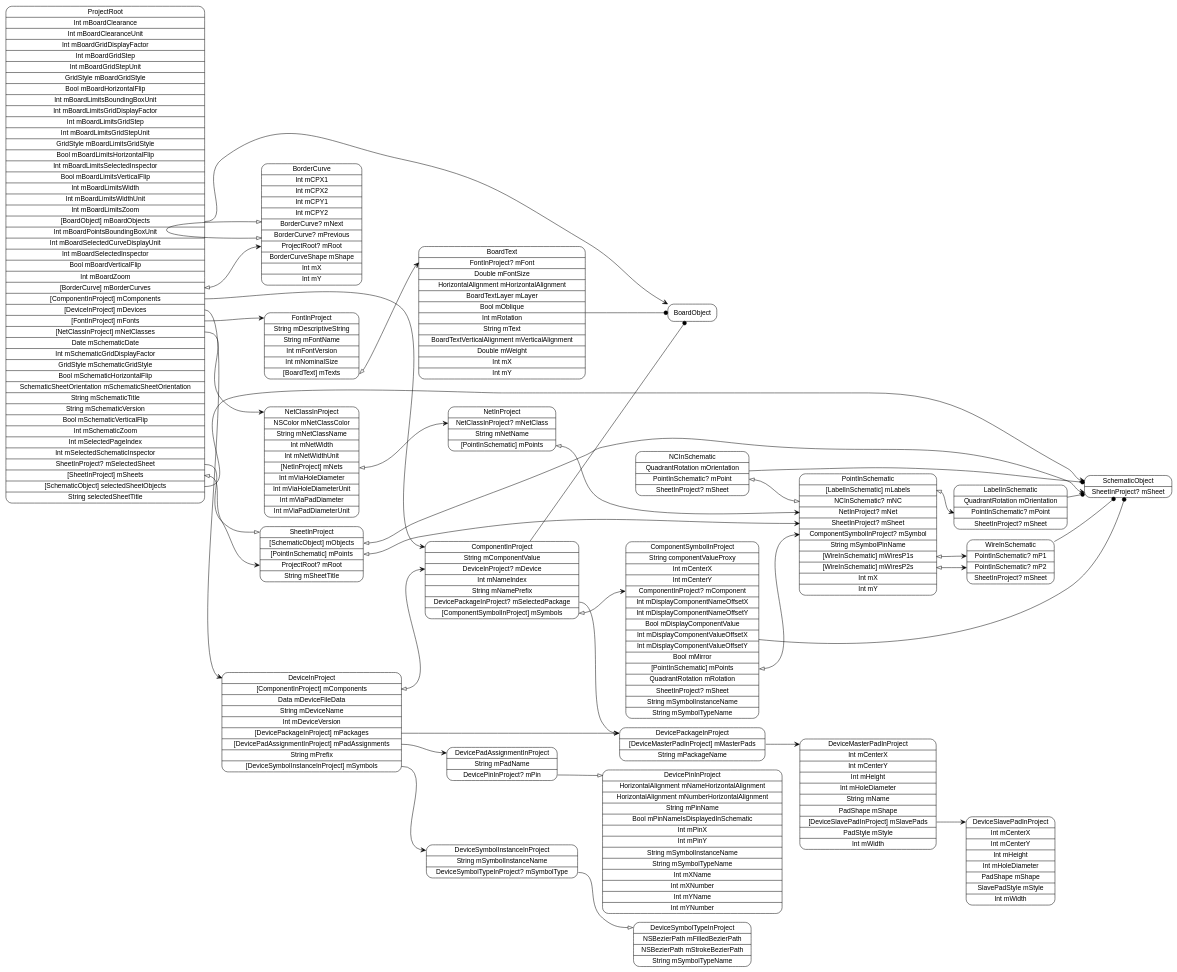
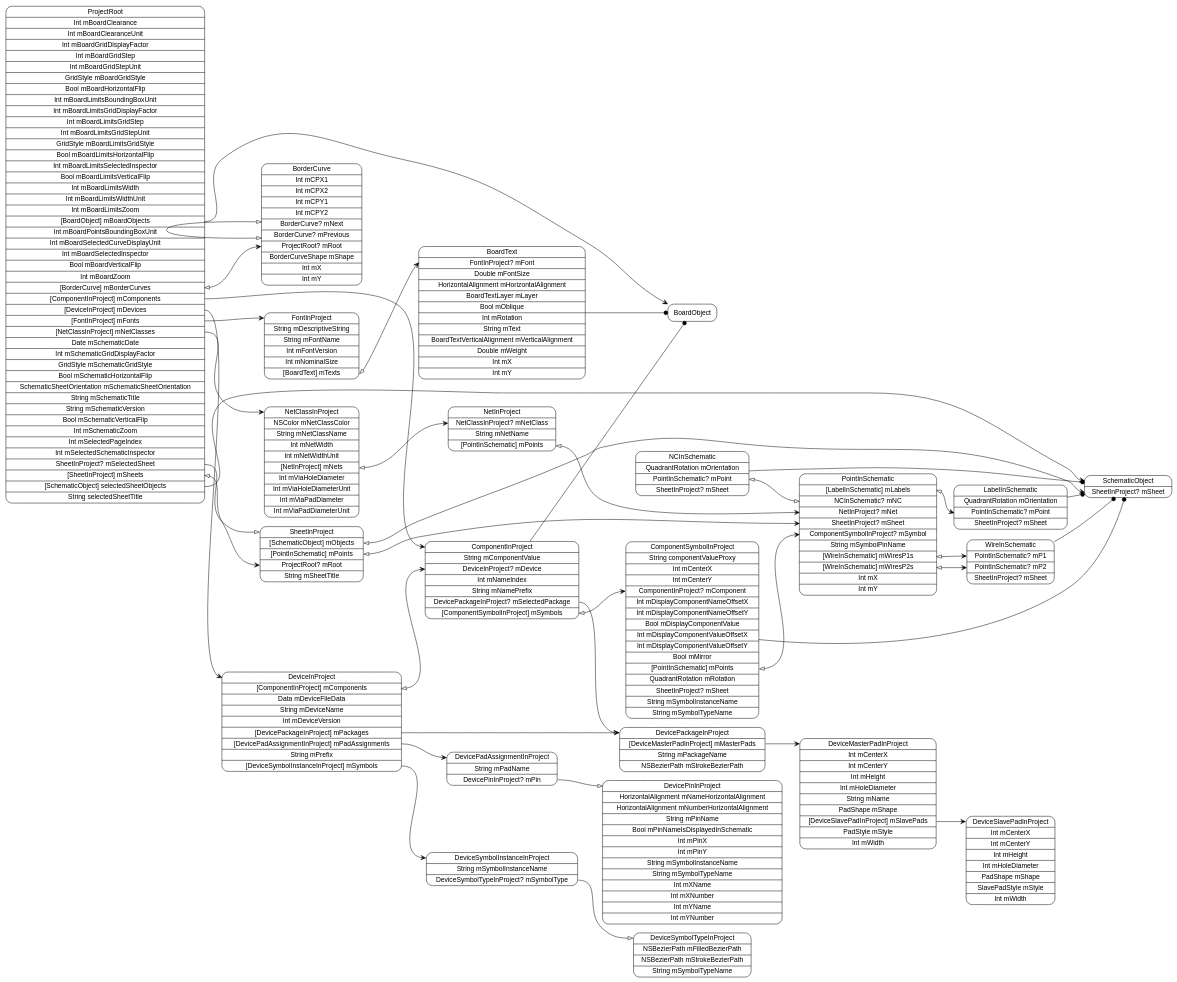
The diagram in models/ProjectRoot.dot (pierremolinaro/ElCanari-dev), drawn with Graphviz before and after one commit. The commit also changed 97 other files, not shown here.

```diff
--- a/models/ProjectRoot.dot
+++ b/models/ProjectRoot.dot
@@ -1,63 +1,63 @@
 digraph G {
   rankdir=LR ;
   node [shape=record fontname=helvetica style=rounded] ;
   ProjectRoot[label="<ProjectRoot>ProjectRoot|Int mBoardClearance|Int mBoardClearanceUnit|Int mBoardGridDisplayFactor|Int mBoardGridStep|Int mBoardGridStepUnit|GridStyle mBoardGridStyle|Bool mBoardHorizontalFlip|Int mBoardLimitsBoundingBoxUnit|Int mBoardLimitsGridDisplayFactor|Int mBoardLimitsGridStep|Int mBoardLimitsGridStepUnit|GridStyle mBoardLimitsGridStyle|Bool mBoardLimitsHorizontalFlip|Int mBoardLimitsSelectedInspector|Bool mBoardLimitsVerticalFlip|Int mBoardLimitsWidth|Int mBoardLimitsWidthUnit|Int mBoardLimitsZoom|<mBoardObjects>[BoardObject] mBoardObjects|Int mBoardPointsBoundingBoxUnit|Int mBoardSelectedCurveDisplayUnit|Int mBoardSelectedInspector|Bool mBoardVerticalFlip|Int mBoardZoom|<mBorderCurves>[BorderCurve] mBorderCurves|<mComponents>[ComponentInProject] mComponents|<mDevices>[DeviceInProject] mDevices|<mFonts>[FontInProject] mFonts|<mNetClasses>[NetClassInProject] mNetClasses|Date mSchematicDate|Int mSchematicGridDisplayFactor|GridStyle mSchematicGridStyle|Bool mSchematicHorizontalFlip|SchematicSheetOrientation mSchematicSheetOrientation|String mSchematicTitle|String mSchematicVersion|Bool mSchematicVerticalFlip|Int mSchematicZoom|Int mSelectedPageIndex|Int mSelectedSchematicInspector|<mSelectedSheet>SheetInProject? mSelectedSheet|<mSheets>[SheetInProject] mSheets|<selectedSheetObjects>[SchematicObject] selectedSheetObjects|String selectedSheetTitle"] ;
   SchematicObject[label="<SchematicObject>SchematicObject|<mSheet>SheetInProject? mSheet"] ;
   SheetInProject[label="<SheetInProject>SheetInProject|<mObjects>[SchematicObject] mObjects|<mPoints>[PointInSchematic] mPoints|<mRoot>ProjectRoot? mRoot|String mSheetTitle"] ;
   PointInSchematic[label="<PointInSchematic>PointInSchematic|<mLabels>[LabelInSchematic] mLabels|<mNC>NCInSchematic? mNC|<mNet>NetInProject? mNet|<mSheet>SheetInProject? mSheet|<mSymbol>ComponentSymbolInProject? mSymbol|String mSymbolPinName|<mWiresP1s>[WireInSchematic] mWiresP1s|<mWiresP2s>[WireInSchematic] mWiresP2s|Int mX|Int mY"] ;
   WireInSchematic[label="<WireInSchematic>WireInSchematic|<mP1>PointInSchematic? mP1|<mP2>PointInSchematic? mP2|<mSheet>SheetInProject? mSheet"] ;
   NCInSchematic[label="<NCInSchematic>NCInSchematic|QuadrantRotation mOrientation|<mPoint>PointInSchematic? mPoint|<mSheet>SheetInProject? mSheet"] ;
   LabelInSchematic[label="<LabelInSchematic>LabelInSchematic|QuadrantRotation mOrientation|<mPoint>PointInSchematic? mPoint|<mSheet>SheetInProject? mSheet"] ;
   NetClassInProject[label="<NetClassInProject>NetClassInProject|NSColor mNetClassColor|String mNetClassName|Int mNetWidth|Int mNetWidthUnit|<mNets>[NetInProject] mNets|Int mViaHoleDiameter|Int mViaHoleDiameterUnit|Int mViaPadDiameter|Int mViaPadDiameterUnit"] ;
   NetInProject[label="<NetInProject>NetInProject|<mNetClass>NetClassInProject? mNetClass|String mNetName|<mPoints>[PointInSchematic] mPoints"] ;
   FontInProject[label="<FontInProject>FontInProject|String mDescriptiveString|String mFontName|Int mFontVersion|Int mNominalSize|<mTexts>[BoardText] mTexts"] ;
   BoardText[label="<BoardText>BoardText|<mFont>FontInProject? mFont|Double mFontSize|HorizontalAlignment mHorizontalAlignment|BoardTextLayer mLayer|Bool mOblique|Int mRotation|String mText|BoardTextVerticalAlignment mVerticalAlignment|Double mWeight|Int mX|Int mY"] ;
   DeviceInProject[label="<DeviceInProject>DeviceInProject|<mComponents>[ComponentInProject] mComponents|Data mDeviceFileData|String mDeviceName|Int mDeviceVersion|<mPackages>[DevicePackageInProject] mPackages|<mPadAssignments>[DevicePadAssignmentInProject] mPadAssignments|String mPrefix|<mSymbols>[DeviceSymbolInstanceInProject] mSymbols"] ;
   DeviceSymbolInstanceInProject[label="<DeviceSymbolInstanceInProject>DeviceSymbolInstanceInProject|String mSymbolInstanceName|<mSymbolType>DeviceSymbolTypeInProject? mSymbolType"] ;
   DeviceSymbolTypeInProject[label="<DeviceSymbolTypeInProject>DeviceSymbolTypeInProject|NSBezierPath mFilledBezierPath|NSBezierPath mStrokeBezierPath|String mSymbolTypeName"] ;
   DevicePadAssignmentInProject[label="<DevicePadAssignmentInProject>DevicePadAssignmentInProject|String mPadName|<mPin>DevicePinInProject? mPin"] ;
   DevicePinInProject[label="<DevicePinInProject>DevicePinInProject|HorizontalAlignment mNameHorizontalAlignment|HorizontalAlignment mNumberHorizontalAlignment|String mPinName|Bool mPinNameIsDisplayedInSchematic|Int mPinX|Int mPinY|String mSymbolInstanceName|String mSymbolTypeName|Int mXName|Int mXNumber|Int mYName|Int mYNumber"] ;
-  DevicePackageInProject[label="<DevicePackageInProject>DevicePackageInProject|<mMasterPads>[DeviceMasterPadInProject] mMasterPads|String mPackageName"] ;
+  DevicePackageInProject[label="<DevicePackageInProject>DevicePackageInProject|<mMasterPads>[DeviceMasterPadInProject] mMasterPads|String mPackageName|NSBezierPath mStrokeBezierPath"] ;
   DeviceMasterPadInProject[label="<DeviceMasterPadInProject>DeviceMasterPadInProject|Int mCenterX|Int mCenterY|Int mHeight|Int mHoleDiameter|String mName|PadShape mShape|<mSlavePads>[DeviceSlavePadInProject] mSlavePads|PadStyle mStyle|Int mWidth"] ;
   DeviceSlavePadInProject[label="<DeviceSlavePadInProject>DeviceSlavePadInProject|Int mCenterX|Int mCenterY|Int mHeight|Int mHoleDiameter|PadShape mShape|SlavePadStyle mStyle|Int mWidth"] ;
   ComponentInProject[label="<ComponentInProject>ComponentInProject|String mComponentValue|<mDevice>DeviceInProject? mDevice|Int mNameIndex|String mNamePrefix|<mSelectedPackage>DevicePackageInProject? mSelectedPackage|<mSymbols>[ComponentSymbolInProject] mSymbols"] ;
   ComponentSymbolInProject[label="<ComponentSymbolInProject>ComponentSymbolInProject|String componentValueProxy|Int mCenterX|Int mCenterY|<mComponent>ComponentInProject? mComponent|Int mDisplayComponentNameOffsetX|Int mDisplayComponentNameOffsetY|Bool mDisplayComponentValue|Int mDisplayComponentValueOffsetX|Int mDisplayComponentValueOffsetY|Bool mMirror|<mPoints>[PointInSchematic] mPoints|QuadrantRotation mRotation|<mSheet>SheetInProject? mSheet|String mSymbolInstanceName|String mSymbolTypeName"] ;
   BorderCurve[label="<BorderCurve>BorderCurve|Int mCPX1|Int mCPX2|Int mCPY1|Int mCPY2|<mNext>BorderCurve? mNext|<mPrevious>BorderCurve? mPrevious|<mRoot>ProjectRoot? mRoot|BorderCurveShape mShape|Int mX|Int mY"] ;
   BoardObject[label="<BoardObject>BoardObject"] ;
   ProjectRoot:mBoardObjects -> BoardObject:BoardObject [dir=both arrowtail=none arrowhead=vee] ;
   ProjectRoot:mBorderCurves -> BorderCurve:mRoot [dir=both arrowtail=onormal arrowhead=vee] ;
   ProjectRoot:mComponents -> ComponentInProject:ComponentInProject [dir=both arrowtail=none arrowhead=vee] ;
   ProjectRoot:mDevices -> DeviceInProject:DeviceInProject [dir=both arrowtail=none arrowhead=vee] ;
   ProjectRoot:mFonts -> FontInProject:FontInProject [dir=both arrowtail=none arrowhead=vee] ;
   ProjectRoot:mNetClasses -> NetClassInProject:NetClassInProject [dir=both arrowtail=none arrowhead=vee] ;
   ProjectRoot:mSelectedSheet -> SheetInProject:SheetInProject [dir=both arrowtail=none arrowhead=onormal] ;
   ProjectRoot:mSheets -> SheetInProject:mRoot [dir=both arrowtail=onormal arrowhead=vee] ;
   ProjectRoot:selectedSheetObjects -> SchematicObject:SchematicObject [dir=both arrowtail=none arrowhead=vee] ;
   SheetInProject:mObjects -> SchematicObject:mSheet [dir=both arrowtail=onormal arrowhead=vee] ;
   SheetInProject:mPoints -> PointInSchematic:mSheet [dir=both arrowtail=onormal arrowhead=vee] ;
   PointInSchematic:mLabels -> LabelInSchematic:mPoint [dir=both arrowtail=onormal arrowhead=vee] ;
   PointInSchematic:mWiresP1s -> WireInSchematic:mP1 [dir=both arrowtail=onormal arrowhead=vee] ;
   PointInSchematic:mWiresP2s -> WireInSchematic:mP2 [dir=both arrowtail=onormal arrowhead=vee] ;
   WireInSchematic -> SchematicObject [arrowhead=dot] ;
   NCInSchematic -> SchematicObject [arrowhead=dot] ;
   NCInSchematic:mPoint -> PointInSchematic:mNC [dir=both arrowtail=onormal arrowhead=onormal] ;
   LabelInSchematic -> SchematicObject [arrowhead=dot] ;
   NetClassInProject:mNets -> NetInProject:mNetClass [dir=both arrowtail=onormal arrowhead=vee] ;
   NetInProject:mPoints -> PointInSchematic:mNet [dir=both arrowtail=onormal arrowhead=vee] ;
   FontInProject:mTexts -> BoardText:mFont [dir=both arrowtail=onormal arrowhead=vee] ;
   BoardText -> BoardObject [arrowhead=dot] ;
   DeviceInProject:mComponents -> ComponentInProject:mDevice [dir=both arrowtail=onormal arrowhead=vee] ;
   DeviceInProject:mPackages -> DevicePackageInProject:DevicePackageInProject [dir=both arrowtail=none arrowhead=vee] ;
   DeviceInProject:mPadAssignments -> DevicePadAssignmentInProject:DevicePadAssignmentInProject [dir=both arrowtail=none arrowhead=vee] ;
   DeviceInProject:mSymbols -> DeviceSymbolInstanceInProject:DeviceSymbolInstanceInProject [dir=both arrowtail=none arrowhead=vee] ;
   DeviceSymbolInstanceInProject:mSymbolType -> DeviceSymbolTypeInProject:DeviceSymbolTypeInProject [dir=both arrowtail=none arrowhead=onormal] ;
   DevicePadAssignmentInProject:mPin -> DevicePinInProject:DevicePinInProject [dir=both arrowtail=none arrowhead=onormal] ;
   DevicePackageInProject:mMasterPads -> DeviceMasterPadInProject:DeviceMasterPadInProject [dir=both arrowtail=none arrowhead=vee] ;
   DeviceMasterPadInProject:mSlavePads -> DeviceSlavePadInProject:DeviceSlavePadInProject [dir=both arrowtail=none arrowhead=vee] ;
   ComponentInProject -> BoardObject [arrowhead=dot] ;
   ComponentInProject:mSelectedPackage -> DevicePackageInProject:DevicePackageInProject [dir=both arrowtail=none arrowhead=onormal] ;
   ComponentInProject:mSymbols -> ComponentSymbolInProject:mComponent [dir=both arrowtail=onormal arrowhead=vee] ;
   ComponentSymbolInProject -> SchematicObject [arrowhead=dot] ;
   ComponentSymbolInProject:mPoints -> PointInSchematic:mSymbol [dir=both arrowtail=onormal arrowhead=vee] ;
   BorderCurve:mPrevious -> BorderCurve:mNext [dir=both arrowtail=onormal arrowhead=onormal] ;
 }
```
